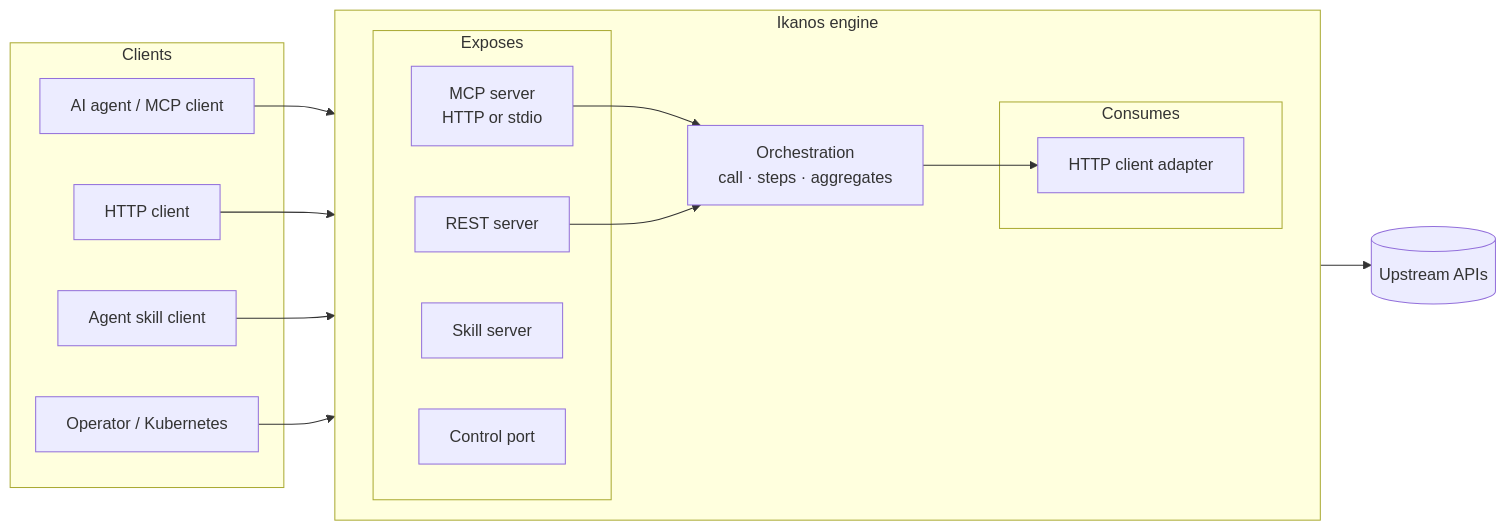
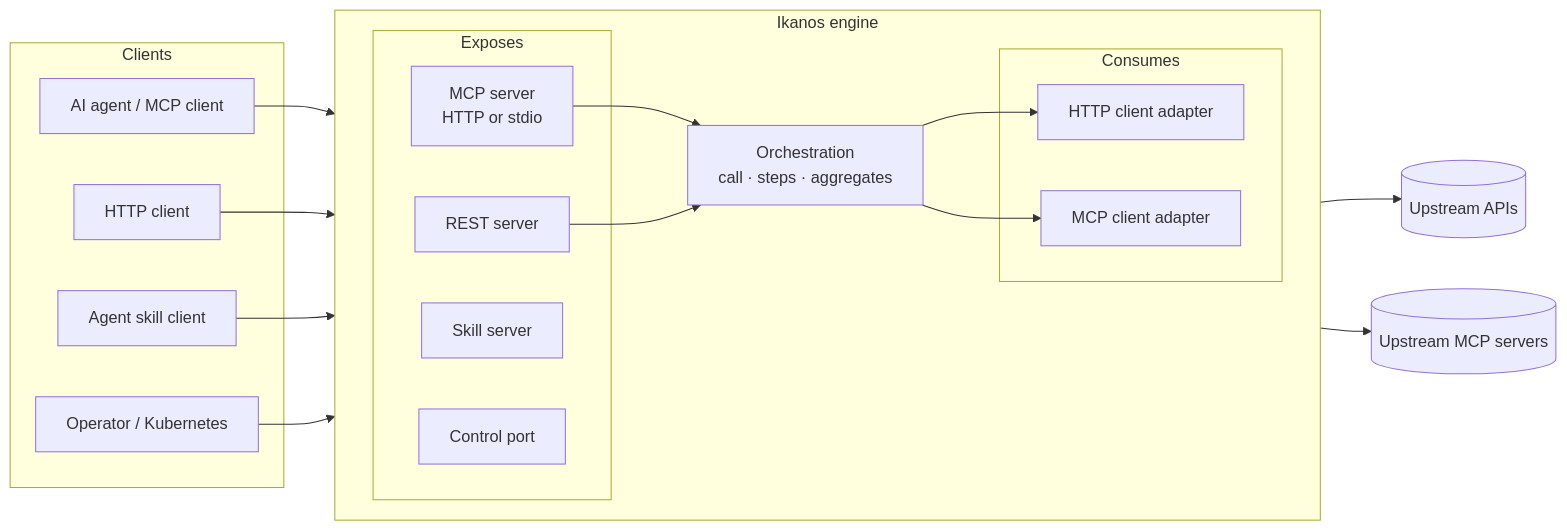
The first of 3 diagrams in modules/ikanos-docs/architecture.md (naftiko/ikanos), drawn with Mermaid before and after one commit. The commit also changed other lines of this file, not shown here.

First line of the commit message:
feat: describe the mcp client adapter in the architecture doc

````diff
--- a/modules/ikanos-docs/architecture.md
+++ b/modules/ikanos-docs/architecture.md
@@ -13,34 +13,38 @@
 ```mermaid
 flowchart LR
     subgraph clients[Clients]
         A[AI agent / MCP client]
         B[HTTP client]
         C[Agent skill client]
         O[Operator / Kubernetes]
     end
 
     subgraph engine[Ikanos engine]
         direction LR
         subgraph exposes[Exposes]
             MCP[MCP server<br/>HTTP or stdio]
             REST[REST server]
             SKILL[Skill server]
             CTRL[Control port]
         end
         ORCH[Orchestration<br/>call · steps · aggregates]
         subgraph consumes[Consumes]
             HTTP[HTTP client adapter]
+            MCPC[MCP client adapter]
         end
     end
 
     UP[(Upstream APIs)]
+    UPM[(Upstream MCP servers)]
 
     A --> MCP
     B --> REST
     C --> SKILL
     O --> CTRL
     MCP --> ORCH
     REST --> ORCH
     ORCH --> HTTP
+    ORCH --> MCPC
     HTTP --> UP
+    MCPC --> UPM
 ```
````
